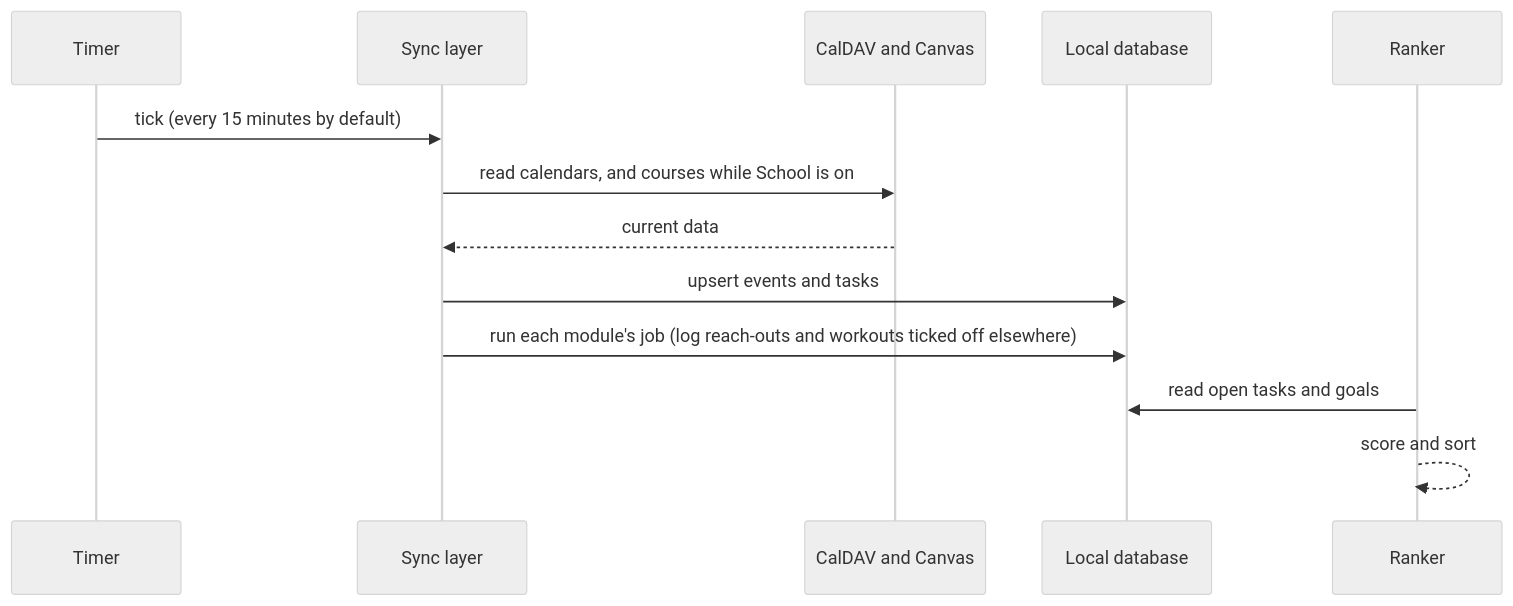
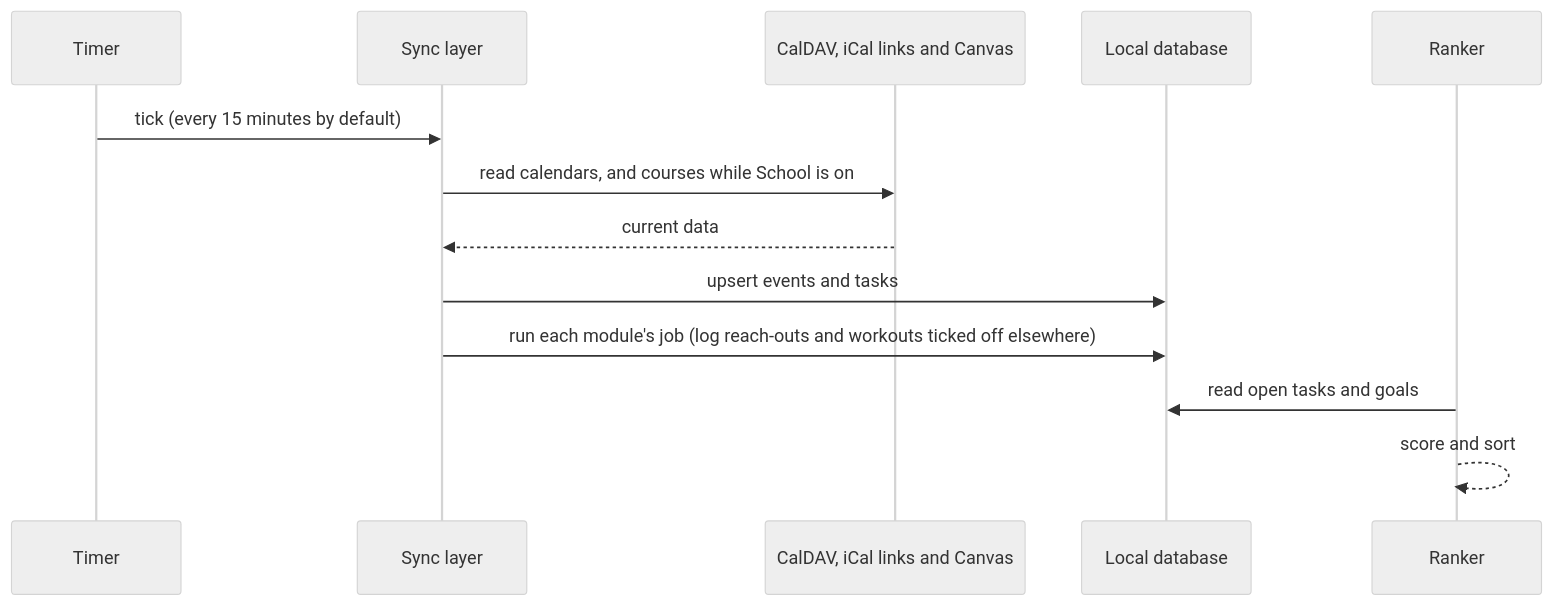
One commit to pockanoodles/erwin changed the second of 5 diagrams in README.md. Above: the diagram before and after it, drawn with Mermaid (neutral theme). The commit also changed other lines of this file and 21 other files, not shown here.

````diff
--- a/README.md
+++ b/README.md
@@ -138,16 +140,16 @@
 ```mermaid
 sequenceDiagram
     participant T as Timer
     participant S as Sync layer
-    participant X as CalDAV and Canvas
+    participant X as CalDAV, iCal links and Canvas
     participant DB as Local database
     participant R as Ranker
 
     T->>S: tick (every 15 minutes by default)
     S->>X: read calendars, and courses while School is on
     X-->>S: current data
     S->>DB: upsert events and tasks
     S->>DB: run each module's job (log reach-outs and workouts ticked off elsewhere)
     R->>DB: read open tasks and goals
     R-->>R: score and sort
 ```
````
